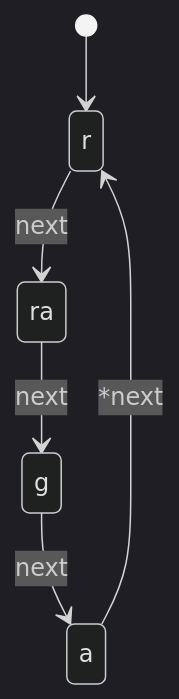
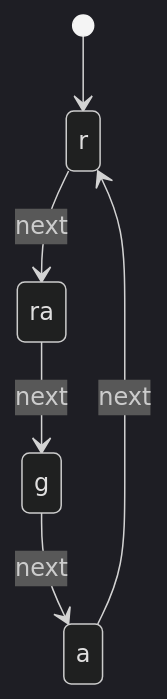
One commit to Janae024/E5-Assmt2-Traffic-Clojure changed the diagram in doc/one-way-without-ctrl.md. Above: the diagram before and after it, drawn with Mermaid (dark theme). The commit also changed other lines of this file and 2 other files, not shown here.

````diff
--- a/doc/one-way-without-ctrl.md
+++ b/doc/one-way-without-ctrl.md
@@ -13,10 +13,10 @@
 ```mermaid
 stateDiagram-v2
 
     [*] --> r
 
     r --> ra : next
     ra --> g : next
     g--> a : next
-    a --> r :*next
+    a --> r : next
 ```
````
